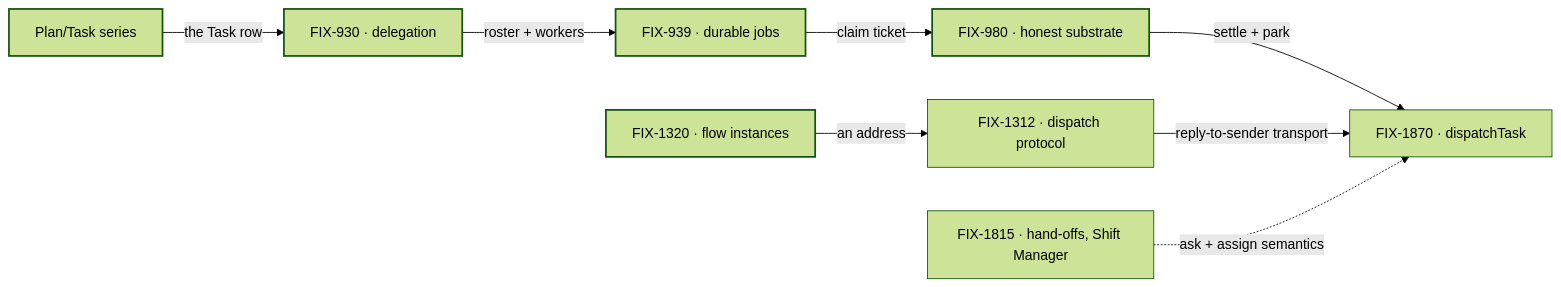
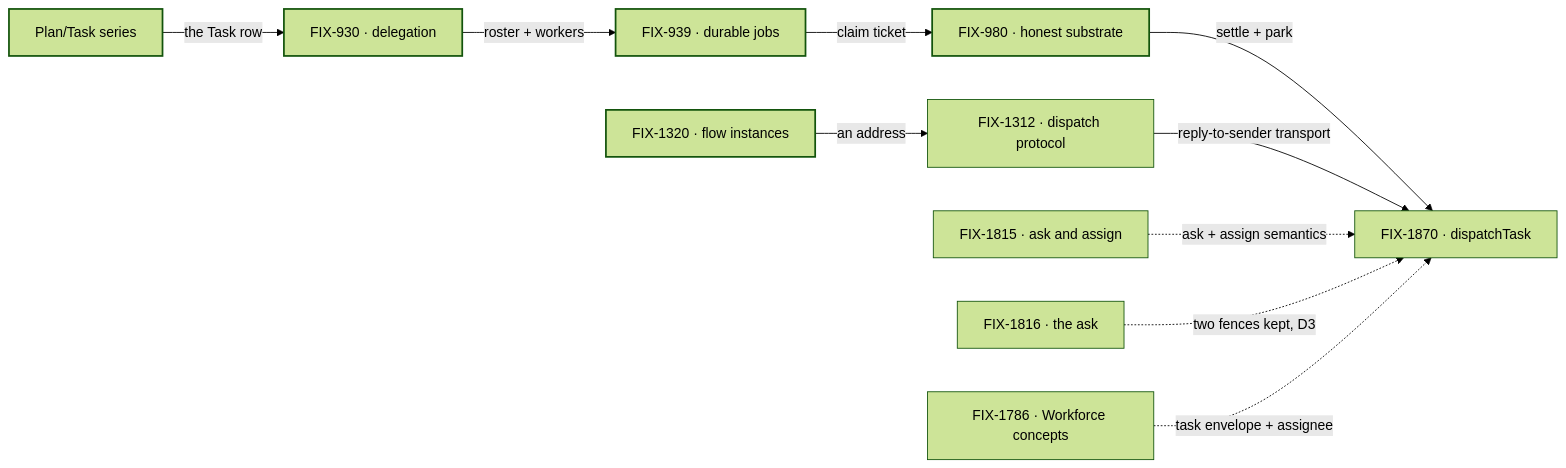
The diagram in spec/_projects/orchestration-primitives/SPEC.md (fixpoint-labs/flow-state-dev), drawn with Mermaid (forest theme) before and after one commit. The commit also changed other lines of this file and 4 other files, not shown here.

````diff
--- a/spec/_projects/orchestration-primitives/SPEC.md
+++ b/spec/_projects/orchestration-primitives/SPEC.md
@@ -45,13 +45,15 @@
 ```mermaid
 flowchart LR
   PT["Plan/Task series"] -->|"the Task row"| D930["FIX-930 · delegation"]
   D930 -->|"roster + workers"| D939["FIX-939 · durable jobs"]
   D939 -->|"claim ticket"| D980["FIX-980 · honest substrate"]
   D1320["FIX-1320 · flow instances"] -->|"an address"| D1312["FIX-1312 · dispatch protocol"]
   D980 -->|"settle + park"| D1870["FIX-1870 · dispatchTask"]
   D1312 -->|"reply-to-sender transport"| D1870
-  X1815["FIX-1815 · hand-offs, Shift Manager"] -.->|"ask + assign semantics"| D1870
+  X1815["FIX-1815 · ask and assign"] -.->|"ask + assign semantics"| D1870
+  X1816["FIX-1816 · the ask"] -.->|"two fences kept, D3"| D1870
+  X1786["FIX-1786 · Workforce concepts"] -.->|"task envelope + assignee"| D1870
   classDef done stroke-width:2px
   classDef proposed stroke-dasharray:4 3
   class PT,D930,D939,D980,D1320 done
 ```
````
